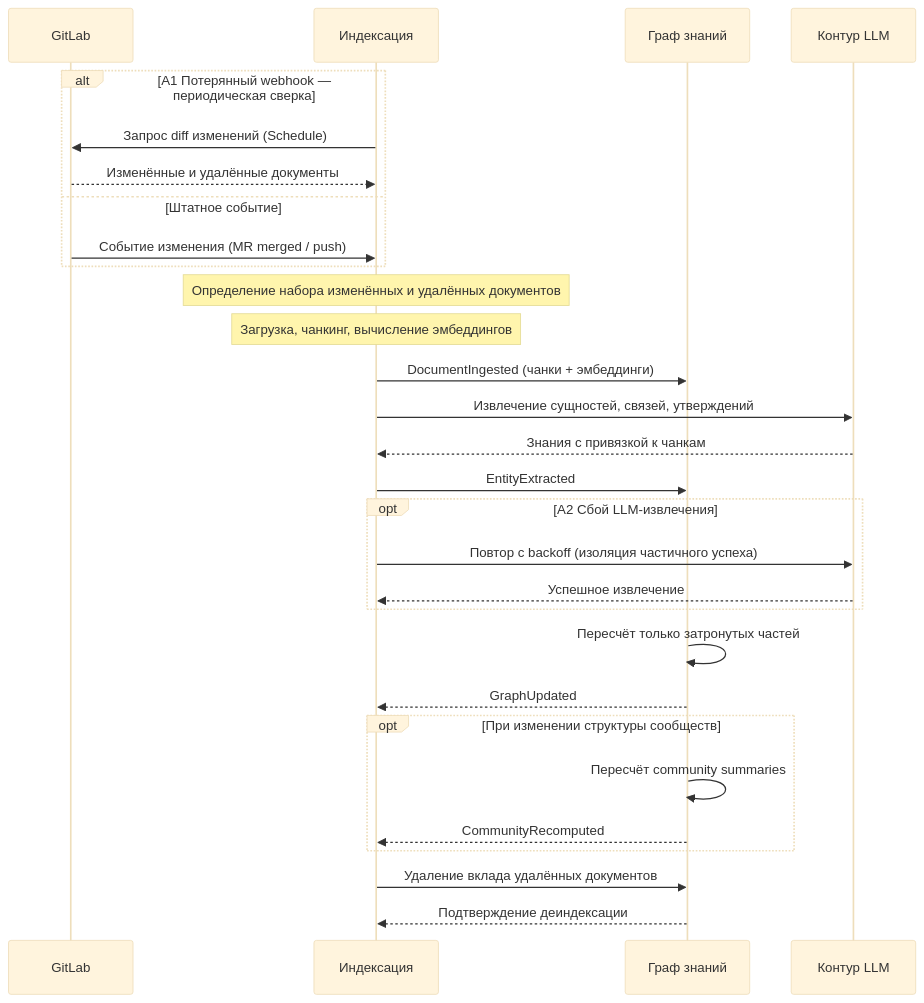
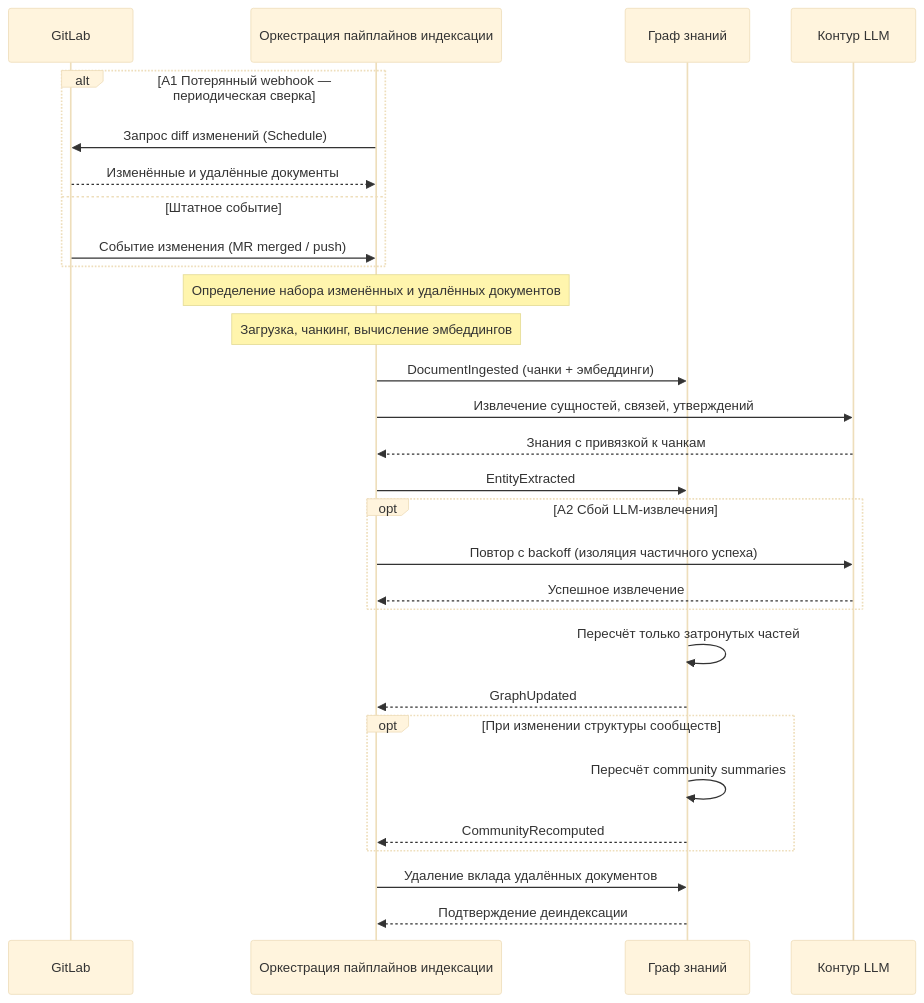
Before and after one commit to n-marusov/graphrag: the diagram in specs/use-cases/UC-knowledge.sync.gitlab-index.md, drawn with Mermaid (base theme). The commit also changed other lines of this file and 24 other files, not shown here.

````diff
--- a/specs/use-cases/UC-knowledge.sync.gitlab-index.md
+++ b/specs/use-cases/UC-knowledge.sync.gitlab-index.md
@@ -15,45 +15,45 @@
 ```mermaid
 sequenceDiagram
     participant GitLab as GitLab
-    participant IDX as Индексация
+    participant IDX as Оркестрация пайплайнов индексации
     participant KG as Граф знаний
     participant LLM as Контур LLM
 
     alt A1 Потерянный webhook — периодическая сверка
         IDX->>GitLab: Запрос diff изменений (Schedule)
         GitLab-->>IDX: Изменённые и удалённые документы
     else Штатное событие
         GitLab->>IDX: Событие изменения (MR merged / push)
     end
 
     %% --- 1. Определение diff ---
     Note over IDX: Определение набора изменённых и удалённых документов
 
     %% --- 2. Подготовка документов ---
     Note over IDX: Загрузка, чанкинг, вычисление эмбеддингов
     IDX->>KG: DocumentIngested (чанки + эмбеддинги)
 
     %% --- 3. Извлечение сущностей ---
     IDX->>LLM: Извлечение сущностей, связей, утверждений
     LLM-->>IDX: Знания с привязкой к чанкам
     IDX->>KG: EntityExtracted
 
     opt A2 Сбой LLM-извлечения
         IDX->>LLM: Повтор с backoff (изоляция частичного успеха)
         LLM-->>IDX: Успешное извлечение
     end
 
     %% --- 4. Инкрементальное обновление графа ---
     KG->>KG: Пересчёт только затронутых частей
     KG-->>IDX: GraphUpdated
 
     %% --- 5. Суммаризации сообществ ---
     opt При изменении структуры сообществ
         KG->>KG: Пересчёт community summaries
         KG-->>IDX: CommunityRecomputed
     end
 
     %% --- 6. Деиндексация удалённых ---
     IDX->>KG: Удаление вклада удалённых документов
     KG-->>IDX: Подтверждение деиндексации
 ```
````
